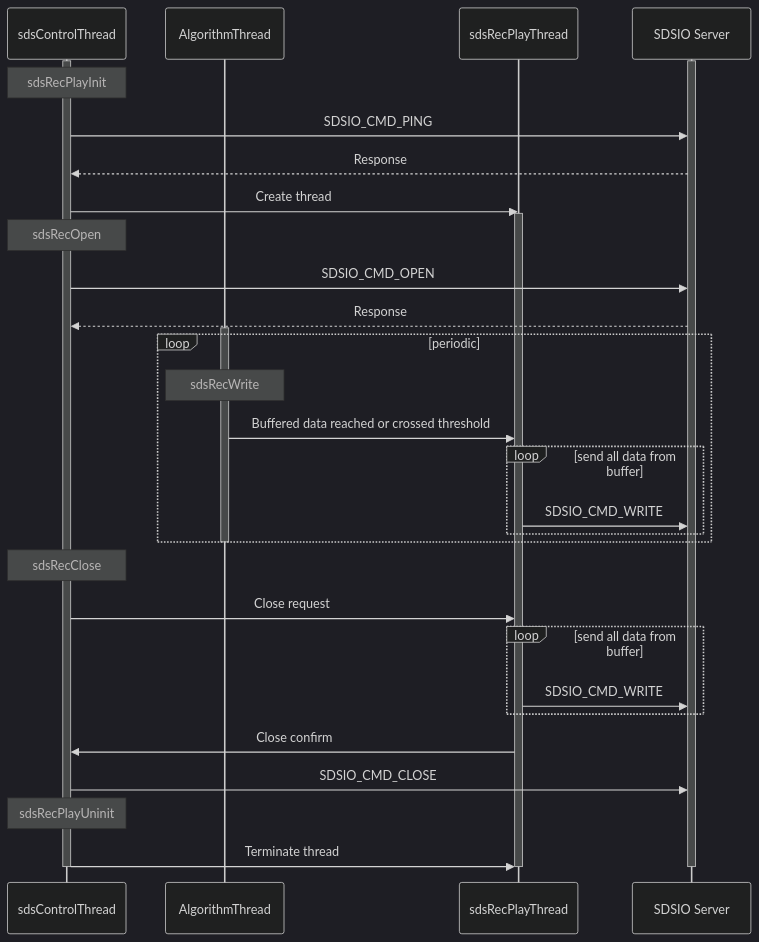
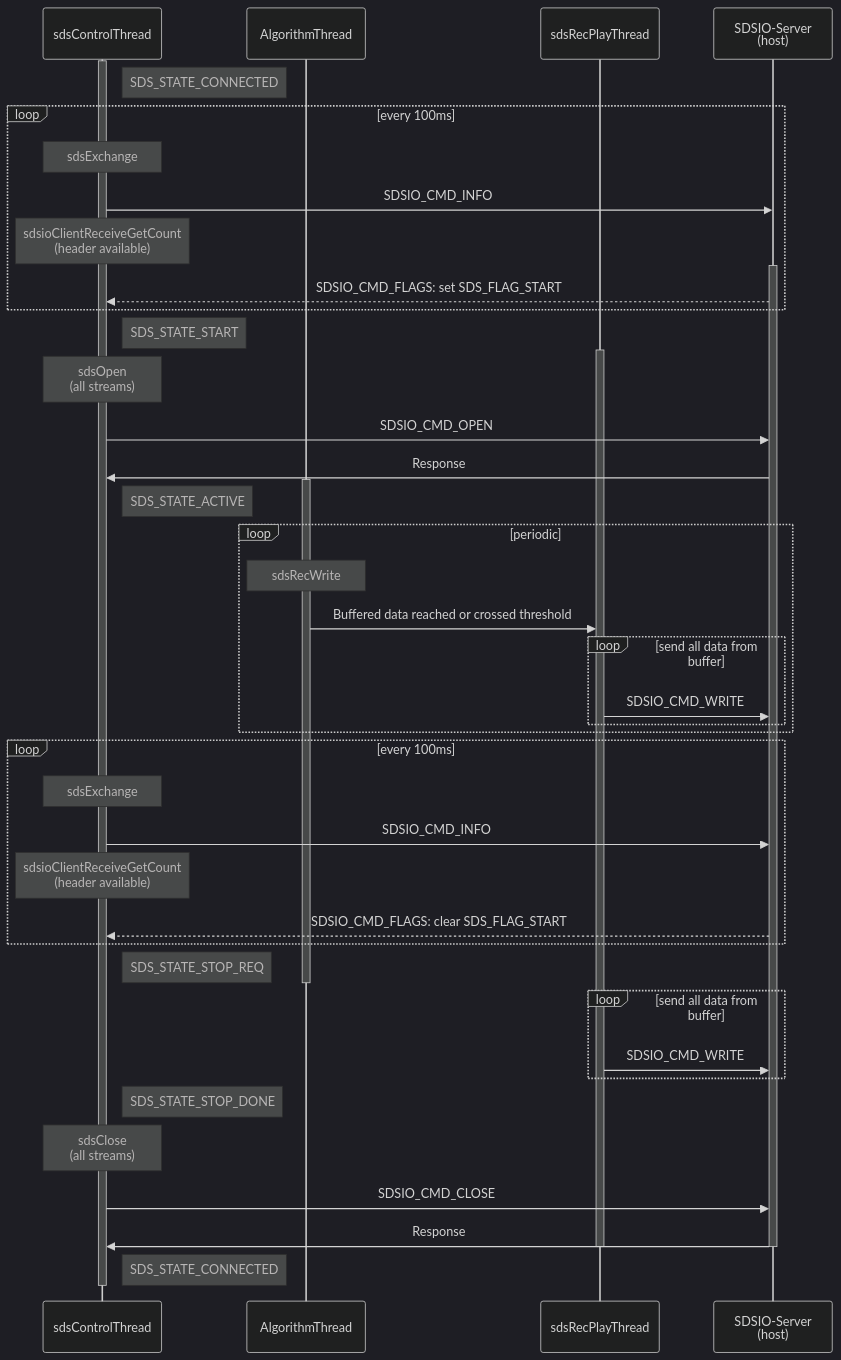
One commit to DavidLesnjak/SDS-Framework changed the third of 4 diagrams in documentation/theory.md. Above: the diagram before and after it, drawn with Mermaid (dark theme). The commit also changed other lines of this file, not shown here.

Commit message:
Update Sequence Diagram in Theory

````diff
--- a/documentation/theory.md
+++ b/documentation/theory.md
@@ -418,46 +465,61 @@
 ```mermaid
 sequenceDiagram
     participant sdsControlThread
     activate sdsControlThread
 
     participant AlgorithmThread
-    participant Recorder as sdsRecPlayThread
-    participant Server as SDSIO Server
+    participant SDSIO as sdsRecPlayThread
+    participant Server as SDSIO-Server<br/>(host)
 
+    Note right of sdsControlThread: SDS_STATE_CONNECTED 
+
+    loop every 100ms
+      Note over sdsControlThread: sdsExchange
+      sdsControlThread->>Server: SDSIO_CMD_INFO
+      Note over sdsControlThread: sdsioClientReceiveGetCount<br/>(header available) 
     activate Server
-    Note over sdsControlThread: sdsRecPlayInit
-    sdsControlThread->>Server: SDSIO_CMD_PING
-    Server-->>sdsControlThread: Response
+      Server-->>sdsControlThread: SDSIO_CMD_FLAGS: set SDS_FLAG_START
+    end
 
-    sdsControlThread->>Recorder: Create thread
-    activate Recorder
+    Note right of sdsControlThread: SDS_STATE_START
 
-    Note over sdsControlThread: sdsRecOpen
+    activate SDSIO
+ 
+    Note over sdsControlThread: sdsOpen<br/>(all streams)
     sdsControlThread->>Server: SDSIO_CMD_OPEN
-    Server-->>sdsControlThread: Response
+    Server->>sdsControlThread: Response
 
     activate AlgorithmThread
+
+    Note right of sdsControlThread: SDS_STATE_ACTIVE
+
     loop periodic
         Note over AlgorithmThread: sdsRecWrite
-        AlgorithmThread->>Recorder: Buffered data reached or crossed threshold
+        AlgorithmThread->>SDSIO: Buffered data reached or crossed threshold
         loop send all data from buffer
-            Recorder->>Server: SDSIO_CMD_WRITE
+            SDSIO->>Server: SDSIO_CMD_WRITE
         end
     end
+
+    loop every 100ms
+      Note over sdsControlThread: sdsExchange
+      sdsControlThread->>Server: SDSIO_CMD_INFO
+      Note over sdsControlThread: sdsioClientReceiveGetCount<br/>(header available) 
+      Server-->>sdsControlThread: SDSIO_CMD_FLAGS: clear SDS_FLAG_START
+    end
+
+    Note right of sdsControlThread: SDS_STATE_STOP_REQ
     deactivate AlgorithmThread
+    loop send all data from buffer
+        SDSIO->>Server: SDSIO_CMD_WRITE
+    end
+    Note right of sdsControlThread: SDS_STATE_STOP_DONE
 
-    Note over sdsControlThread: sdsRecClose
-    sdsControlThread->>Recorder: Close request
-    loop send all data from buffer
-        Recorder->>Server: SDSIO_CMD_WRITE
-    end
-    Recorder->>sdsControlThread: Close confirm
+    Note over sdsControlThread: sdsClose<br/>(all streams)
     sdsControlThread->>Server: SDSIO_CMD_CLOSE
-
-    Note over sdsControlThread: sdsRecPlayUninit
-    sdsControlThread->>Recorder: Terminate thread
-    deactivate Recorder
-
+    Server->>sdsControlThread: Response
+    deactivate SDSIO
     deactivate Server
+    Note right of sdsControlThread: SDS_STATE_CONNECTED
     deactivate sdsControlThread
 ```
````
